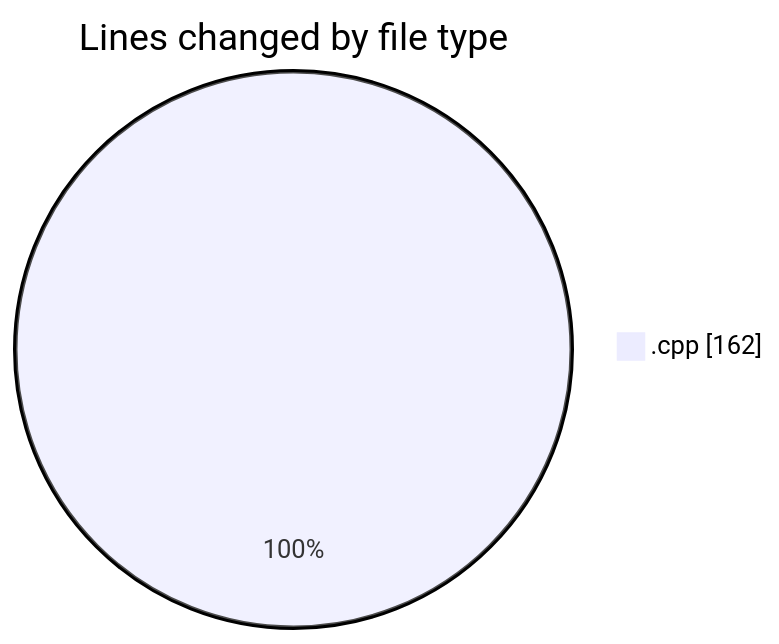
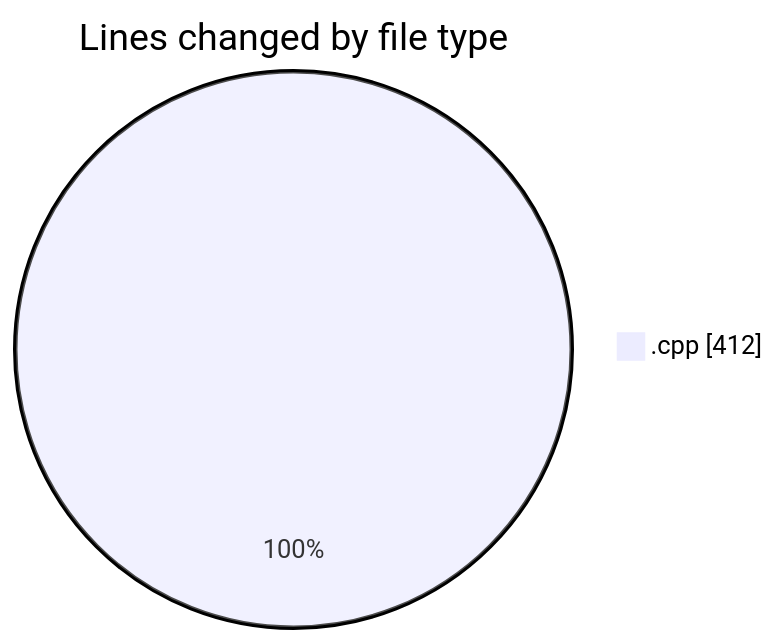
One commit to Netris89/code-tracking changed the first of 2 diagrams in 2025-03-31/echo/README.md. Above: the diagram before and after it, drawn with Mermaid. The commit also changed other lines of this file and 1 other file, not shown here.

````diff
--- a/2025-03-31/echo/README.md
+++ b/2025-03-31/echo/README.md
@@ -20,5 +20,5 @@
 ```mermaid
 pie showData
 title Lines changed by file type
-".cpp" : 162
+".cpp" : 412
 ```
````
